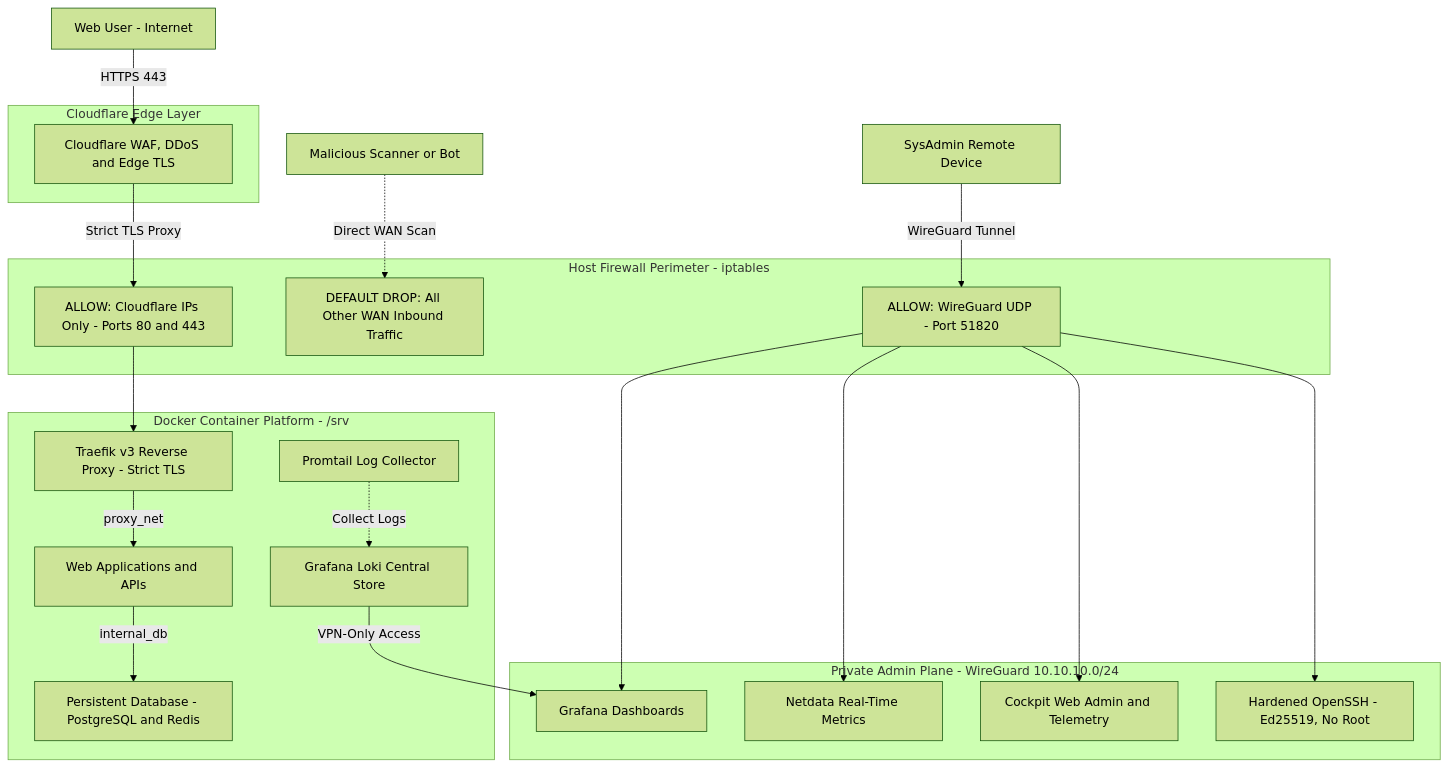
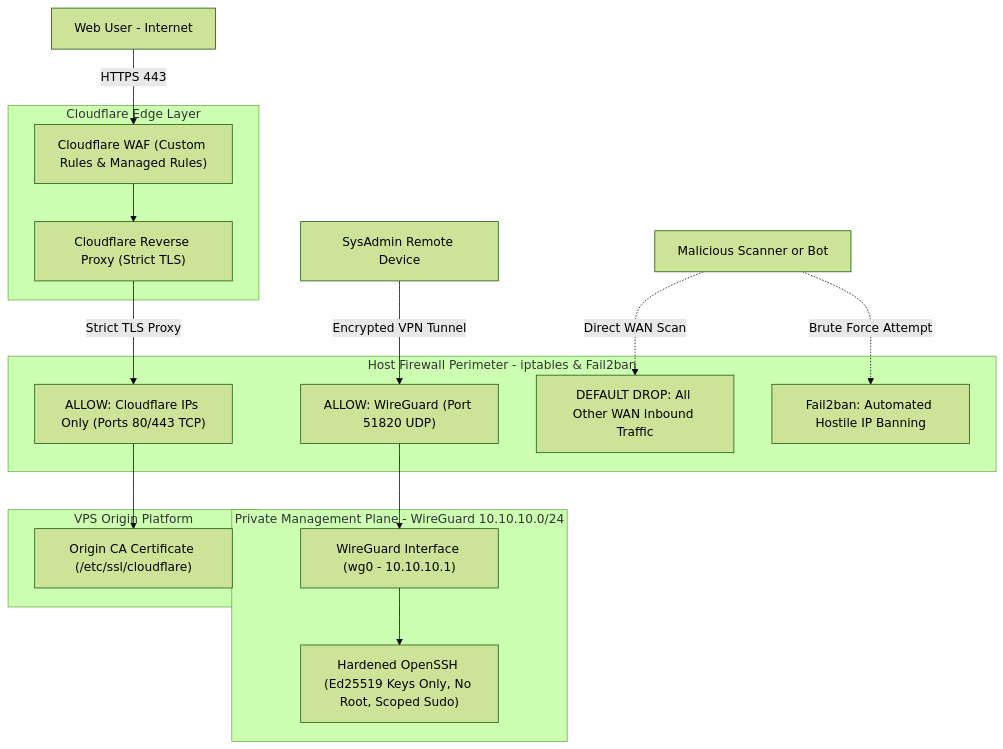
One commit to gabzaf/zero-trust-vps-platform changed the diagram in README.md. Above: the diagram before and after it, drawn with Mermaid (forest theme). The commit also changed other lines of this file and 1 other file, not shown here.

Commit message:
organizing

````diff
--- a/README.md
+++ b/README.md
@@ -16,48 +13,39 @@
 ```mermaid
 graph TD
     User["Web User - Internet"]
     Attacker["Malicious Scanner or Bot"]
     Admin["SysAdmin Remote Device"]
 
     subgraph Cloudflare_Edge["Cloudflare Edge Layer"]
-        CF_WAF["Cloudflare WAF, DDoS and Edge TLS"]
+        CF_WAF["Cloudflare WAF (Custom Rules & Managed Rules)"]
+        CF_PROXY["Cloudflare Reverse Proxy (Strict TLS)"]
+        CF_WAF --> CF_PROXY
     end
 
-    subgraph Host_Firewall["Host Firewall Perimeter - iptables"]
-        FW_CF["ALLOW: Cloudflare IPs Only - Ports 80 and 443"]
-        FW_WG["ALLOW: WireGuard UDP - Port 51820"]
+    subgraph Host_Firewall["Host Firewall Perimeter - iptables & Fail2ban"]
+        FW_CF["ALLOW: Cloudflare IPs Only (Ports 80/443 TCP)"]
+        FW_WG["ALLOW: WireGuard (Port 51820 UDP)"]
         FW_DROP["DEFAULT DROP: All Other WAN Inbound Traffic"]
+        F2B["Fail2ban: Automated Hostile IP Banning"]
     end
 
-    subgraph Admin_Plane["Private Admin Plane - WireGuard 10.10.10.0/24"]
-        SSH["Hardened OpenSSH - Ed25519, No Root"]
-        Cockpit["Cockpit Web Admin and Telemetry"]
-        Netdata["Netdata Real-Time Metrics"]
-        Grafana["Grafana Dashboards"]
+    subgraph Admin_Plane["Private Management Plane - WireGuard 10.10.10.0/24"]
+        WG_IF["WireGuard Interface (wg0 - 10.10.10.1)"]
+        SSH["Hardened OpenSSH (Ed25519 Keys Only, No Root, Scoped Sudo)"]
+        WG_IF --> SSH
     end
 
-    subgraph App_Platform["Docker Container Platform - /srv"]
-        Traefik["Traefik v3 Reverse Proxy - Strict TLS"]
-        WebApp["Web Applications and APIs"]
-        DB["Persistent Database - PostgreSQL and Redis"]
-        Promtail["Promtail Log Collector"]
-        Loki["Grafana Loki Central Store"]
+    subgraph Origin_Layer["VPS Origin Platform"]
+        ORIGIN_SSL["Origin CA Certificate (/etc/ssl/cloudflare)"]
     end
 
     User -->|HTTPS 443| CF_WAF
-    CF_WAF -->|Strict TLS Proxy| FW_CF
-    FW_CF --> Traefik
-    Traefik -->|proxy_net| WebApp
-    WebApp -->|internal_db| DB
+    CF_PROXY -->|Strict TLS Proxy| FW_CF
+    FW_CF --> ORIGIN_SSL
 
     Attacker -.->|Direct WAN Scan| FW_DROP
+    Attacker -.->|Brute Force Attempt| F2B
 
-    Admin -->|WireGuard Tunnel| FW_WG
-    FW_WG --> SSH
-    FW_WG --> Cockpit
-    FW_WG --> Netdata
-    FW_WG --> Grafana
-
-    Promtail -.->|Collect Logs| Loki
-    Loki -->|VPN-Only Access| Grafana
+    Admin -->|Encrypted VPN Tunnel| FW_WG
+    FW_WG --> WG_IF
 ```
````
